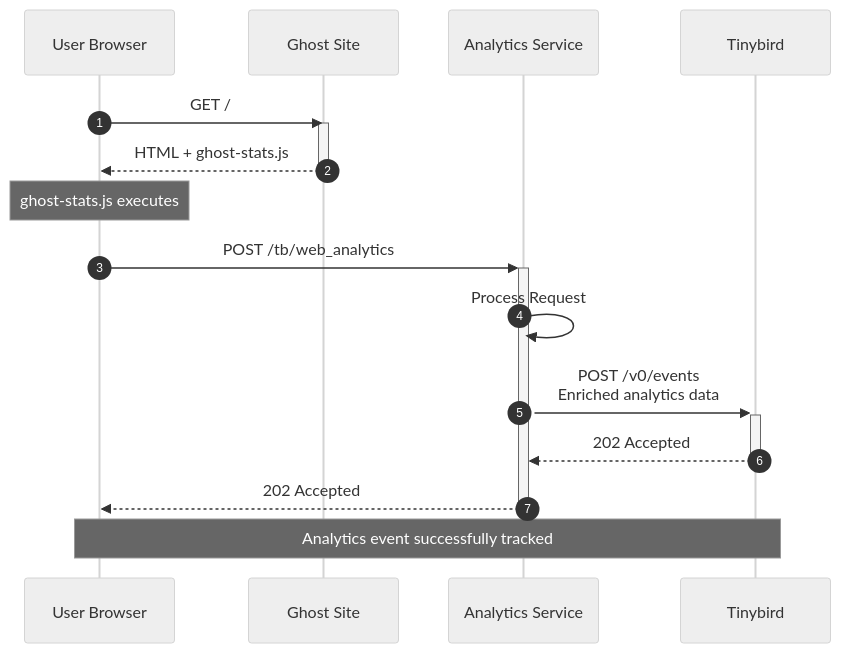
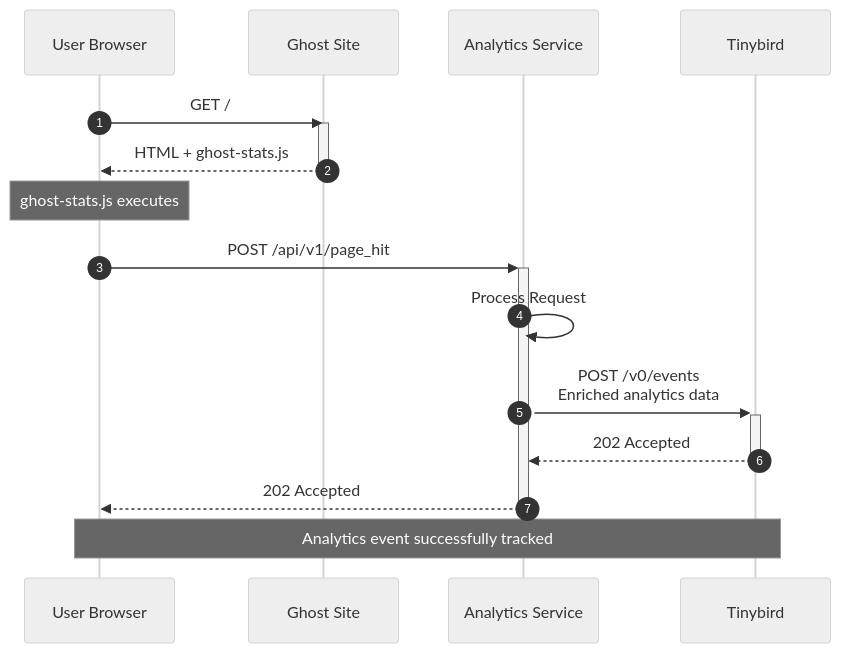
The diagram in README.md (TryGhost/TrafficAnalytics), drawn with Mermaid (neutral theme) before and after one commit. The commit also changed other lines of this file and 9 other files, not shown here.

First line of the commit message:
Removed the `/tb/web_analytics` endpoint (#346)

````diff
--- a/README.md
+++ b/README.md
@@ -15,26 +15,26 @@
 ```mermaid
 sequenceDiagram
     autonumber
     participant User as User Browser
     participant Ghost as Ghost Site
     participant AS as Analytics Service
     participant TB as Tinybird
 
     User->>Ghost: GET /
     activate Ghost
     Ghost-->>User: HTML + ghost-stats.js
     deactivate Ghost
     
     Note over User: ghost-stats.js executes
     
-    User->>+AS: POST /tb/web_analytics
+    User->>+AS: POST /api/v1/page_hit
     
     AS->>AS: Process Request
     
     AS->>+TB: POST /v0/events<br/>Enriched analytics data
     TB-->>-AS: 202 Accepted
     
     AS-->>-User: 202 Accepted
     
     Note over User,TB: Analytics event successfully tracked
 ```
````
